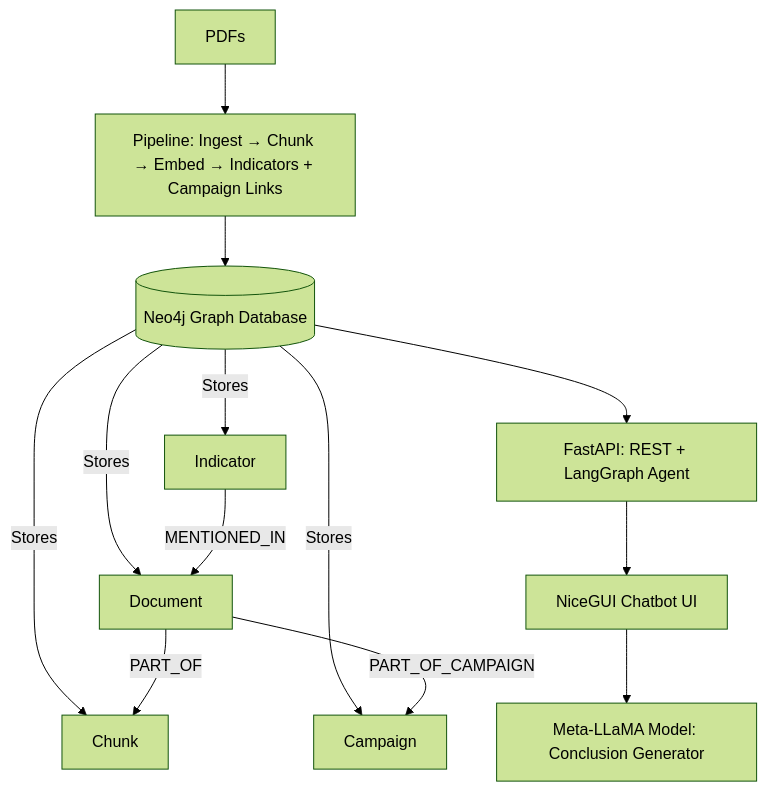
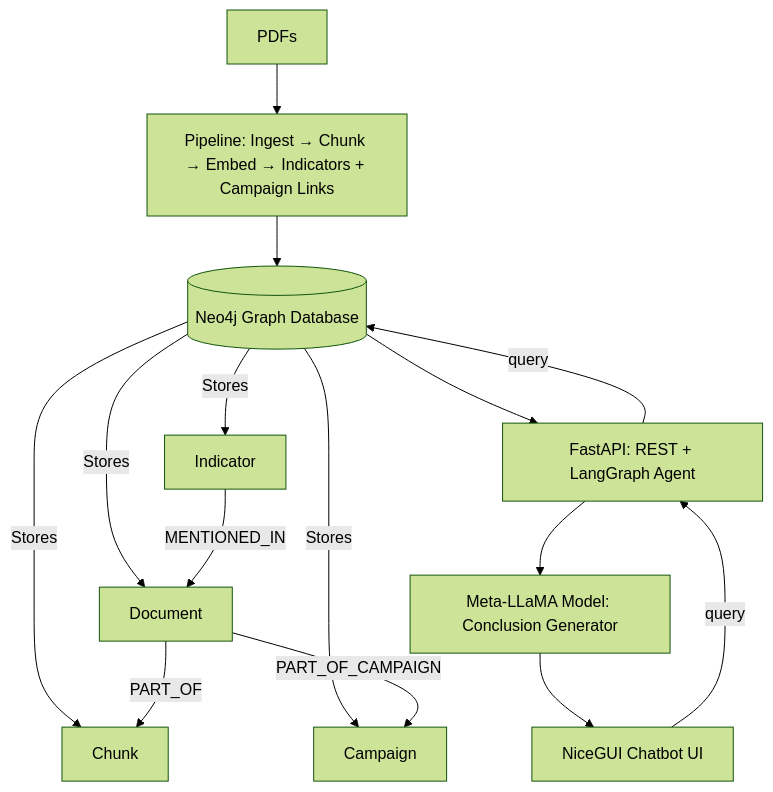
One commit to tejnc/threat-intel-pipeline changed the diagram in README.md. Above: the diagram before and after it, drawn with Mermaid (forest theme).

Commit message:
readme updated

````diff
--- a/README.md
+++ b/README.md
@@ -45,23 +45,25 @@
 ```mermaid
 flowchart TD
     A[PDFs] --> B[Pipeline: Ingest → Chunk → Embed → Indicators + Campaign Links]
     B --> C[(Neo4j Graph Database)]
 
     %% Neo4j storage
     C -->|Stores| D[Document]
     C -->|Stores| E[Chunk]
     C -->|Stores| F[Indicator]
     C -->|Stores| G[Campaign]
 
     %% Relationships
     D -->|PART_OF| E
     F -->|MENTIONED_IN| D
     D -->|PART_OF_CAMPAIGN| G
 
     %% API Layer
     C --> H[FastAPI: REST + LangGraph Agent]
+    H --> |query|C
 
     %% Chatbot UI
-    H --> I[NiceGUI Chatbot UI]
-    I --> J[Meta-LLaMA Model: Conclusion Generator]
+    H --> I[Meta-LLaMA Model: Conclusion Generator]
+    I --> J[NiceGUI Chatbot UI]
+    J --> |query| H
 ```
````
